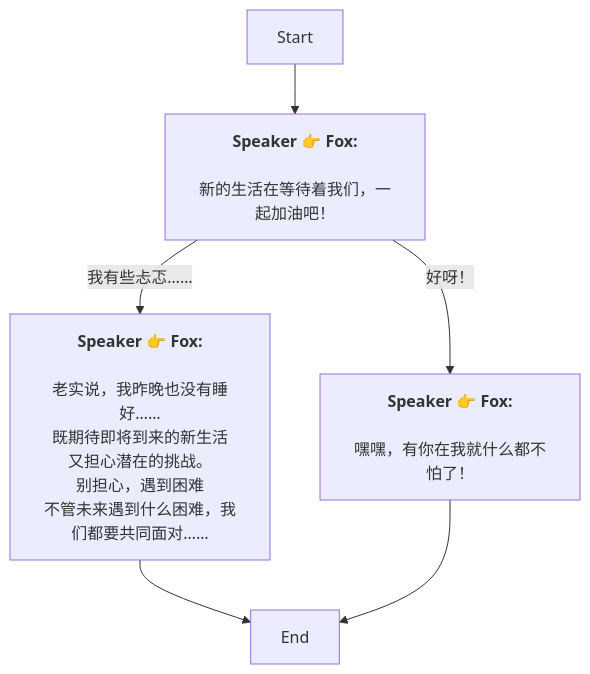
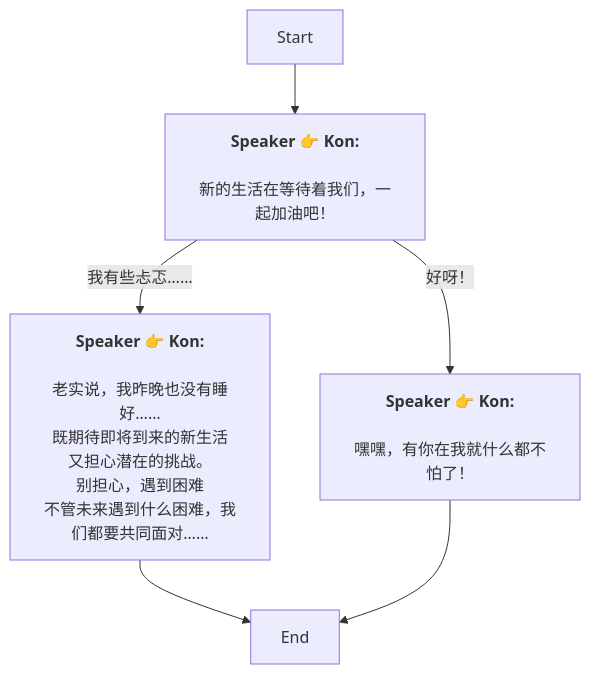
Before and after one commit to SoftHu/tos_avg: the diagram in Zh/AddDialogNode_1739604715000012.md, drawn with Mermaid. The commit also changed 730 other files, not shown here.

````diff
--- a/Zh/AddDialogNode_1739604715000012.md
+++ b/Zh/AddDialogNode_1739604715000012.md
@@ -1,15 +1,15 @@
 ```mermaid
 graph
-Start -->1739604959410383[<b>Speaker 👉 Fox:</b>
+Start -->1739604959410383[<b>Speaker 👉 Kon:</b>
 \n新的生活在等待着我们，一起加油吧！]
-1739604959410383 -->|好呀！|1739610483867850[<b>Speaker 👉 Fox:</b>
+1739604959410383 -->|好呀！|1739610483867850[<b>Speaker 👉 Kon:</b>
 \n嘿嘿，有你在我就什么都不怕了！]
-1739604959410383 -->|我有些忐忑……|1739607005541577[<b>Speaker 👉 Fox:</b>
+1739604959410383 -->|我有些忐忑……|1739607005541577[<b>Speaker 👉 Kon:</b>
 \n老实说，我昨晚也没有睡好……
 既期待即将到来的新生活
 又担心潜在的挑战。\n别担心，遇到困难
 不管未来遇到什么困难，我们都要共同面对……]
 1739607005541577 -->1739675679144139[End]
 1739610483867850 -->1739675679144139[End]
 
 ```
````
